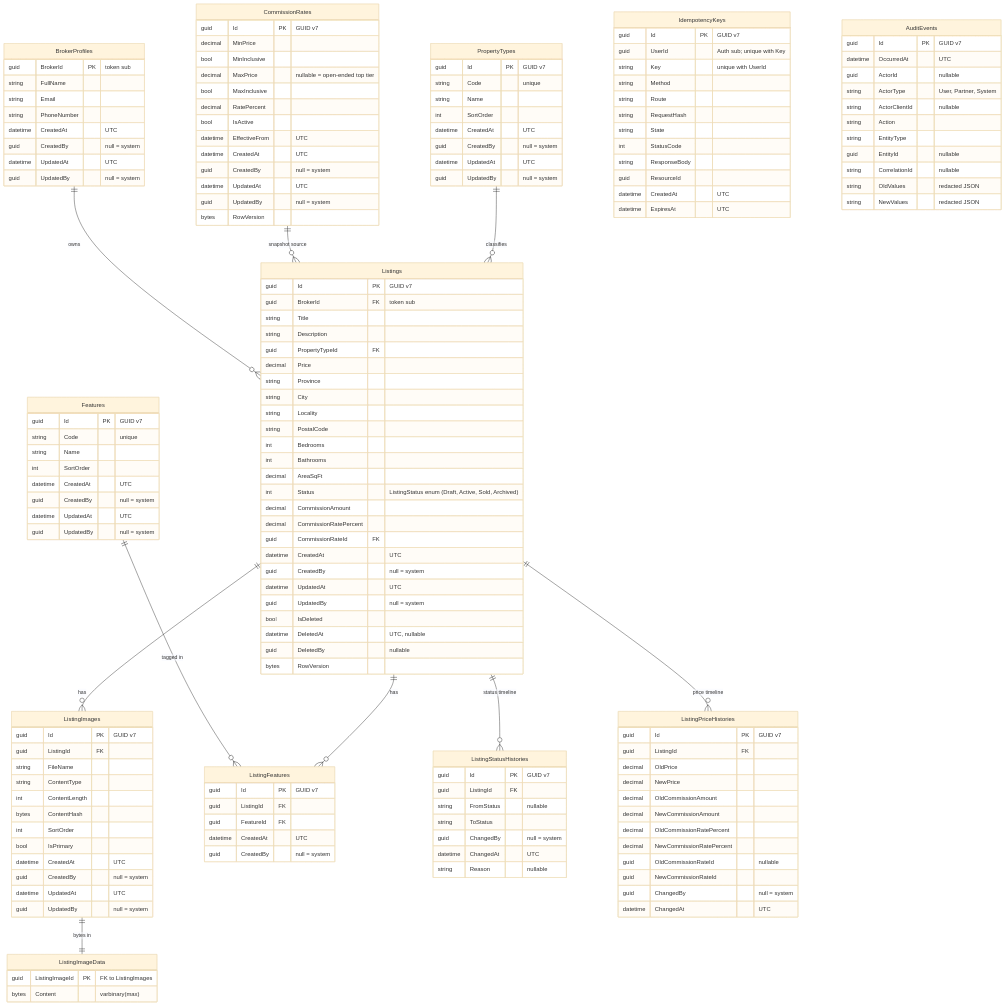
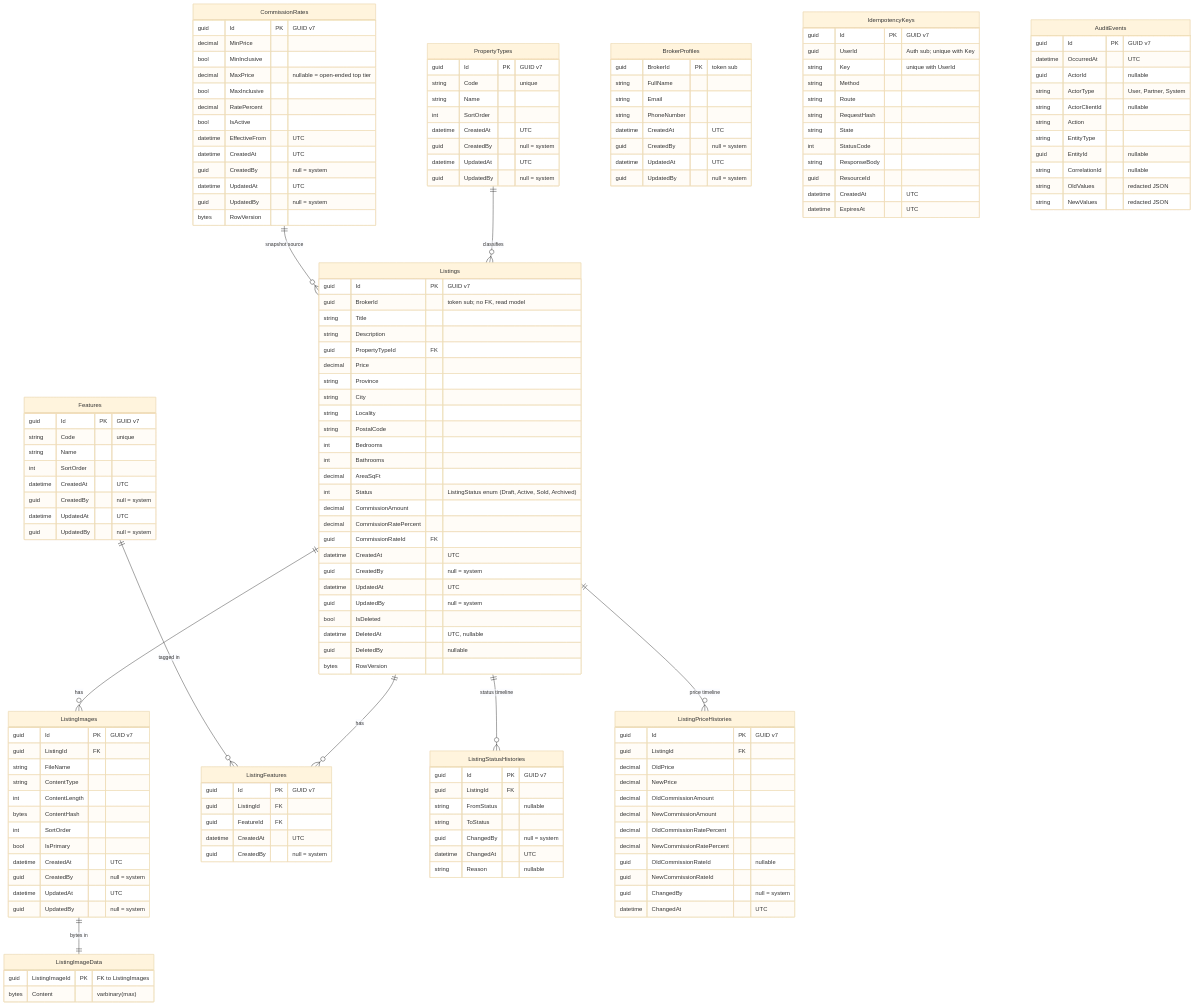
The third of 10 diagrams in docs/diagrams.md (thapaliyabikendra/house-broker), drawn with Mermaid (base theme) before and after one commit. The commit also changed other lines of this file and 48 other files, not shown here.

```diff
--- a/docs/diagrams.md
+++ b/docs/diagrams.md
@@ -89,13 +89,12 @@
     PropertyTypes ||--o{ Listings : "classifies"
 
     CommissionRates ||--o{ Listings : "snapshot source"
-    BrokerProfiles ||--o{ Listings : "owns"
     Listings ||--o{ ListingStatusHistories : "status timeline"
     Listings ||--o{ ListingPriceHistories : "price timeline"
 
     Listings {
         guid Id PK "GUID v7"
-        guid BrokerId FK "token sub"
+        guid BrokerId "token sub; no FK, read model"
         string Title
         string Description
         guid PropertyTypeId FK
```
